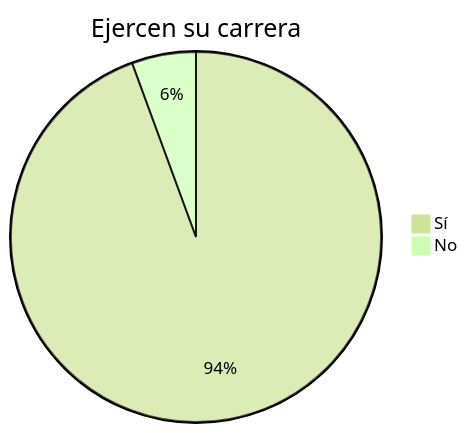
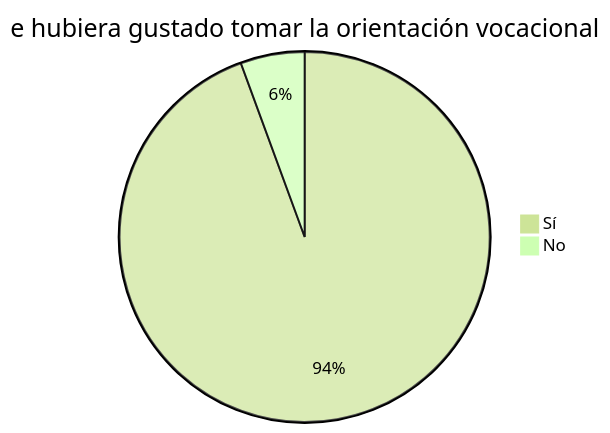
One commit to conecta-clanes/my-website changed the seventh of 7 diagrams in docs/propuestas/pps.md. Above: the diagram before and after it, drawn with Mermaid (forest theme).

Commit message:
AZC-007 fix grafica estudio
AZC-007 fix grafica estudio

````diff
--- a/docs/propuestas/pps.md
+++ b/docs/propuestas/pps.md
@@ -95,5 +95,5 @@
 ```mermaid
-pie title Ejercen su carrera
+pie title e hubiera gustado tomar la orientación vocacional
 "Sí" :  94.4
 "No" : 5.6
 ```
````
